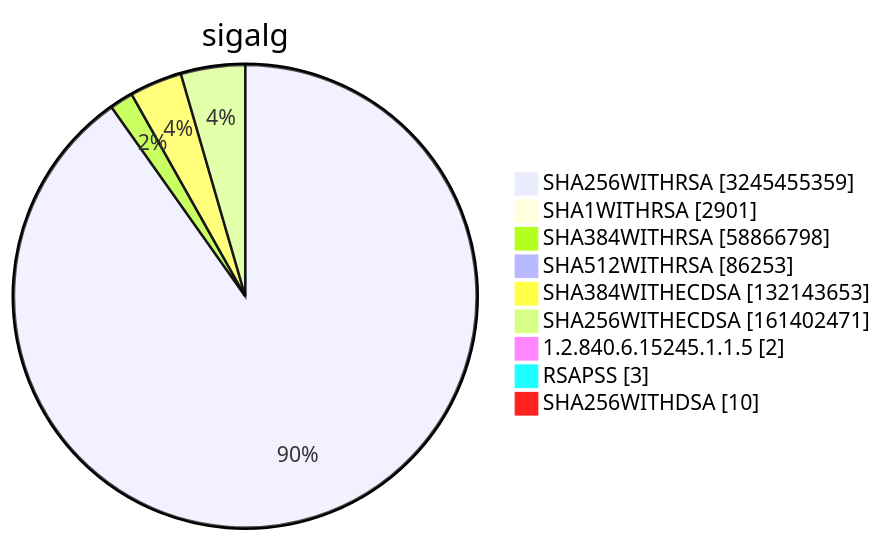
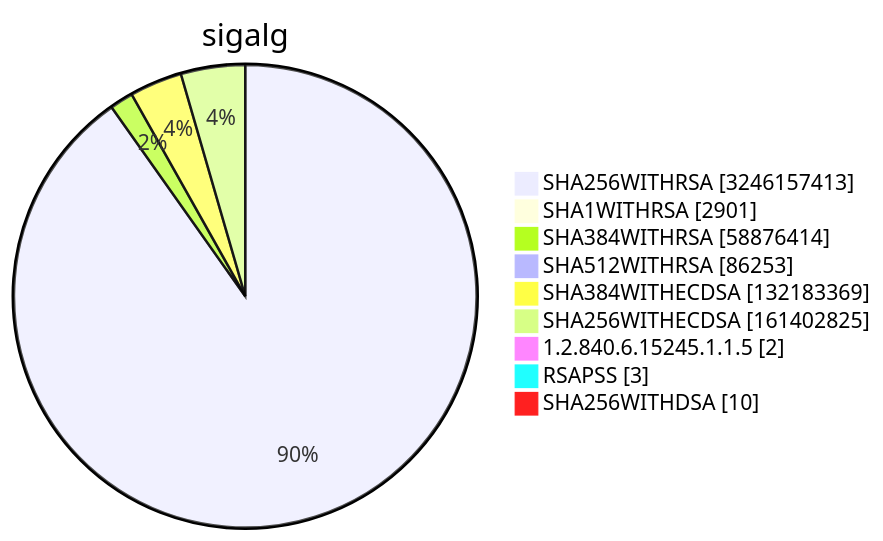
One commit to christiankrug/ctmonitor_visualization changed diagram 15 of 15 in TOTAL/README.md. Above: the diagram before and after it, drawn with Mermaid. The commit also changed other lines of this file, not shown here.

````diff
--- a/TOTAL/README.md
+++ b/TOTAL/README.md
@@ -6218,13 +6218,13 @@
 ```mermaid
 pie showData
 title sigalg
-"SHA256WITHRSA" :3245455359
+"SHA256WITHRSA" :3246157413
 "SHA1WITHRSA" :2901
-"SHA384WITHRSA" :58866798
+"SHA384WITHRSA" :58876414
 "SHA512WITHRSA" :86253
-"SHA384WITHECDSA" :132143653
-"SHA256WITHECDSA" :161402471
+"SHA384WITHECDSA" :132183369
+"SHA256WITHECDSA" :161402825
 "1.2.840.6.15245.1.1.5" :2
 "RSAPSS" :3
 "SHA256WITHDSA" :10
 ```
````
